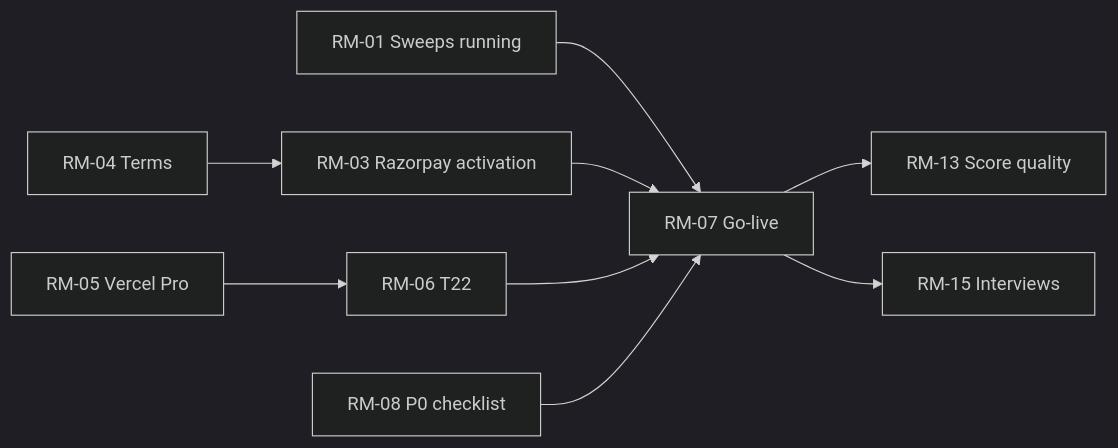
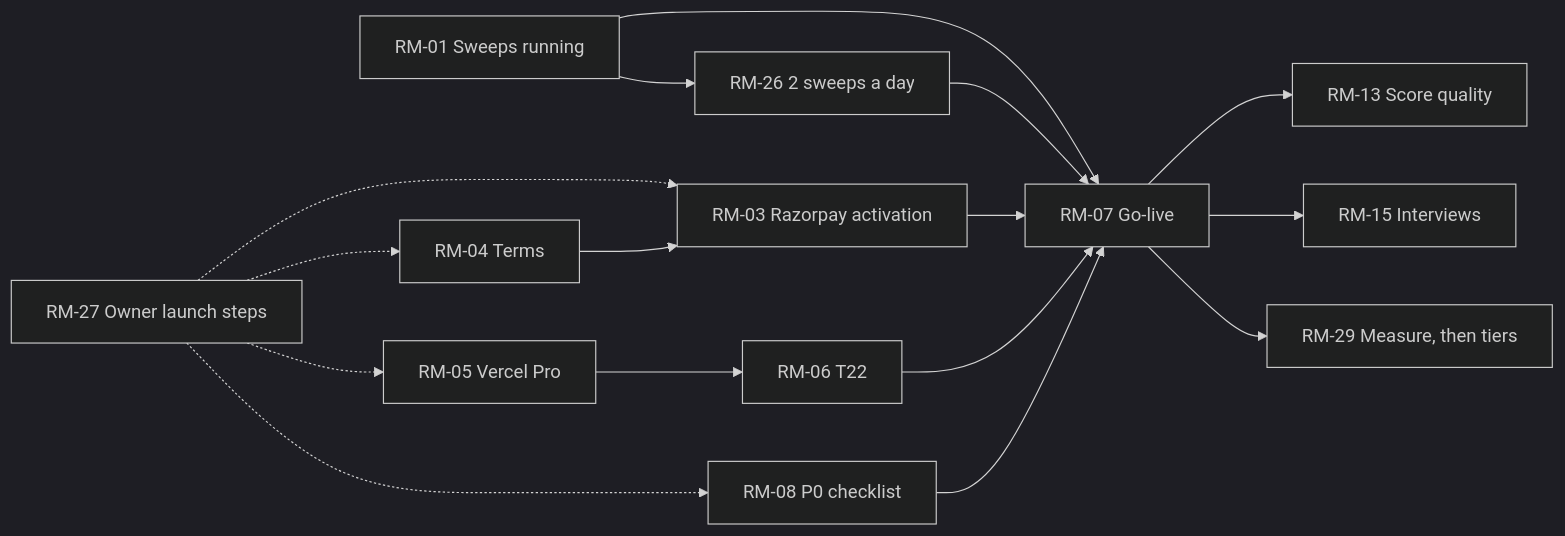
One commit to bhawnamanglapm/travel-problem-radar-case-study changed the diagram in pm/04-planning-and-governance/roadmap.md. Above: the diagram before and after it, drawn with Mermaid (dark theme). The commit also changed other lines of this file and 2 other files, not shown here.

First line of the commit message:
Docs: record the final Pro plan in the decision log, roadmap and changelog

````diff
--- a/pm/04-planning-and-governance/roadmap.md
+++ b/pm/04-planning-and-governance/roadmap.md
@@ -50,9 +54,12 @@
 ```mermaid
 flowchart LR
   RM01["RM-01 Sweeps running"] --> RM07
+  RM01 --> RM26["RM-26 2 sweeps a day"] --> RM07
+  RM27["RM-27 Owner launch steps"] -.-> RM03 & RM04 & RM05 & RM08
   RM04["RM-04 Terms"] --> RM03["RM-03 Razorpay activation"] --> RM07["RM-07 Go-live"]
   RM05["RM-05 Vercel Pro"] --> RM06["RM-06 T22"] --> RM07
   RM08["RM-08 P0 checklist"] --> RM07
   RM07 --> RM13["RM-13 Score quality"]
   RM07 --> RM15["RM-15 Interviews"]
+  RM07 --> RM29["RM-29 Measure, then tiers"]
 ```
````
